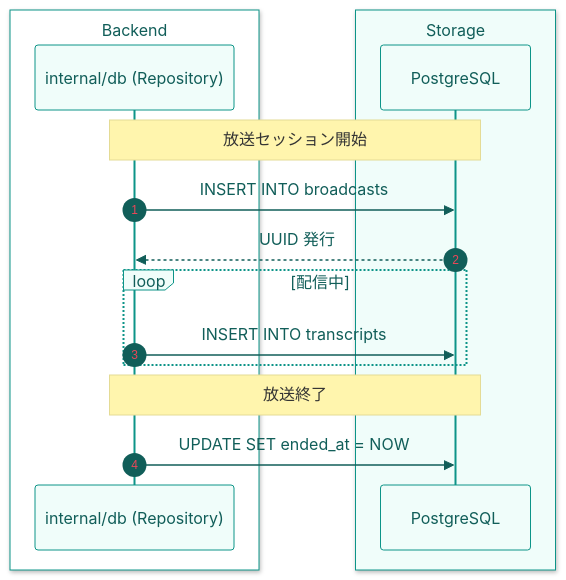
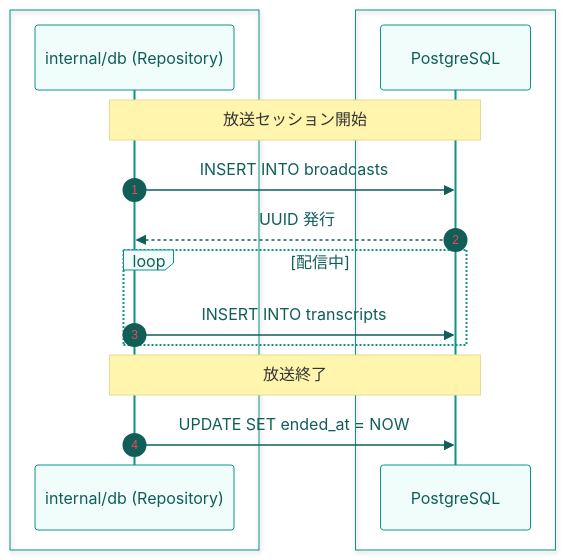
The fourth of 4 diagrams in docs/system_flow.md (yuma25/AI-Radio-Room), drawn with Mermaid before and after one commit. The commit also changed other lines of this file, not shown here.

Commit message:
docs: use standard hex codes and quoted labels in Mermaid diagrams for better compatibility

````diff
--- a/docs/system_flow.md
+++ b/docs/system_flow.md
@@ -135,24 +135,24 @@
 ```mermaid
 %%{init: {'theme': 'base', 'themeVariables': { 'primaryColor': '#f0fdfa', 'primaryTextColor': '#115e59', 'primaryBorderColor': '#0d9488', 'lineColor': '#14b8a6'}}}%%
 sequenceDiagram
     autonumber
 
-    box rgb(255, 255, 255) Backend
+    box #ffffff "Backend"
         participant Repo as internal/db (Repository)
     end
 
-    box rgb(240, 253, 250) Storage
+    box #f0fdfa "Storage"
         participant DB as PostgreSQL
     end
 
     Note over Repo, DB: 放送セッション開始
     Repo->>DB: INSERT INTO broadcasts
     DB-->>Repo: UUID 発行
 
     loop 配信中
         Repo->>DB: INSERT INTO transcripts
     end
 
     Note over Repo, DB: 放送終了
     Repo->>DB: UPDATE SET ended_at = NOW
 ```
````
